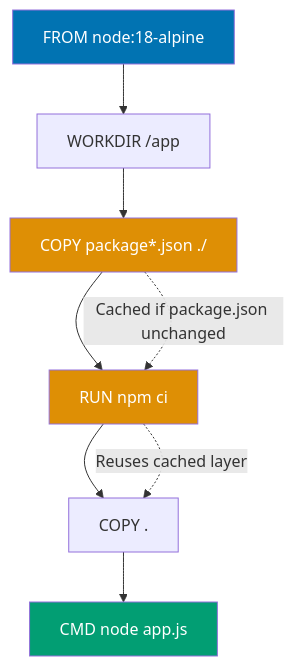
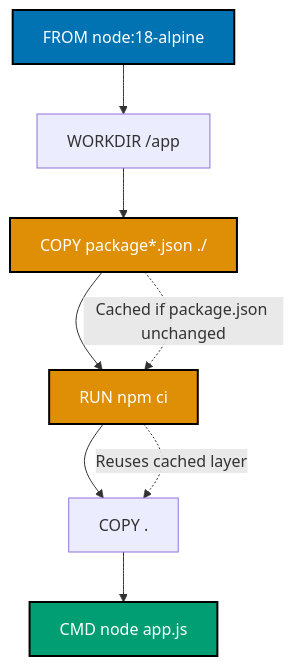
Before and after one commit to wahidyankf/open-sharia-enterprise: the first of 8 diagrams in apps/ayokoding-web/content/en/learn/software-engineering/infrastructure/tools/docker/by-example/beginner.md, drawn with Mermaid. The commit also changed other lines of this file and 25 other files, not shown here.

````diff
--- a/apps/ayokoding-web/content/en/learn/software-engineering/infrastructure/tools/docker/by-example/beginner.md
+++ b/apps/ayokoding-web/content/en/learn/software-engineering/infrastructure/tools/docker/by-example/beginner.md
@@ -147,16 +147,17 @@
 ```mermaid
+%% Color Palette: Blue #0173B2, Orange #DE8F05, Teal #029E73, Purple #CC78BC, Brown #CA9161
 graph TD
  A["FROM node:18-alpine"] --> B["WORKDIR /app"]
  B --> C["COPY package*.json ./"]
  C --> D["RUN npm ci"]
  D --> E["COPY ."]
  E --> F["CMD node app.js"]
 
  C -.->|Cached if package.json unchanged| D
  D -.->|Reuses cached layer| E
 
- style A fill:#0173B2,color:#fff
- style C fill:#DE8F05,color:#fff
- style D fill:#DE8F05,color:#fff
- style F fill:#029E73,color:#fff
+ style A fill:#0173B2,stroke:#000000,stroke-width:2px,color:#fff
+ style C fill:#DE8F05,stroke:#000000,stroke-width:2px,color:#fff
+ style D fill:#DE8F05,stroke:#000000,stroke-width:2px,color:#fff
+ style F fill:#029E73,stroke:#000000,stroke-width:2px,color:#fff
 ```
````
